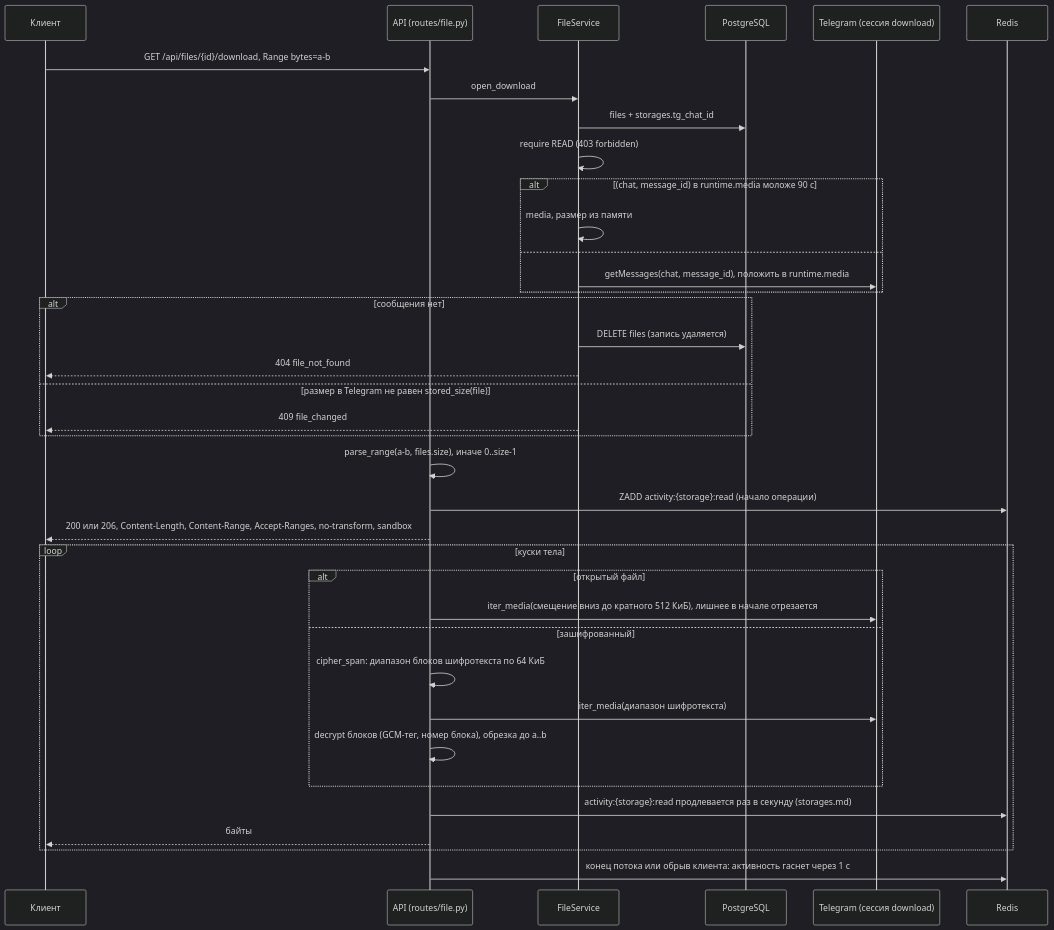
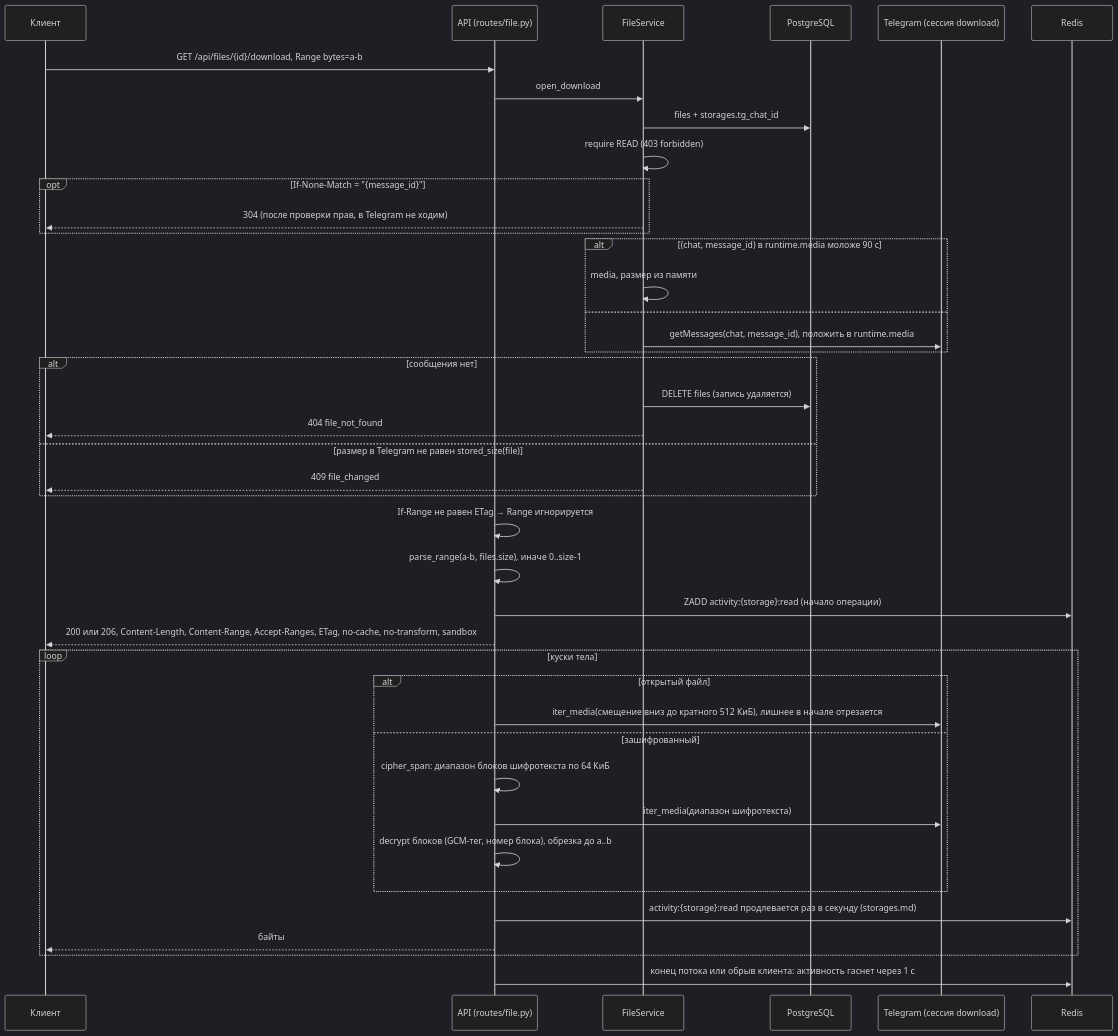
Before and after one commit to NikitkaZXC/tcloud-backend: the third of 3 diagrams in docs/flows/folders-and-files.md, drawn with Mermaid (dark theme). The commit also changed other lines of this file and 3 other files, not shown here.

Commit message:
feat: file downloads carry an ETag, answer 304 to If-None-Match and honour If-Range

````diff
--- a/docs/flows/folders-and-files.md
+++ b/docs/flows/folders-and-files.md
@@ -288,39 +292,43 @@
 ```mermaid
 sequenceDiagram
     participant C as Клиент
     participant A as API (routes/file.py)
     participant F as FileService
     participant DB as PostgreSQL
     participant TG as Telegram (сессия download)
     participant R as Redis
     C->>A: GET /api/files/{id}/download, Range bytes=a-b
     A->>F: open_download
     F->>DB: files + storages.tg_chat_id
     F->>F: require READ (403 forbidden)
+    opt If-None-Match = "{message_id}"
+        F-->>C: 304 (после проверки прав, в Telegram не ходим)
+    end
     alt (chat, message_id) в runtime.media моложе 90 с
         F->>F: media, размер из памяти
     else
         F->>TG: getMessages(chat, message_id), положить в runtime.media
     end
     alt сообщения нет
         F->>DB: DELETE files (запись удаляется)
         F-->>C: 404 file_not_found
     else размер в Telegram не равен stored_size(file)
         F-->>C: 409 file_changed
     end
+    A->>A: If-Range не равен ETag → Range игнорируется
     A->>A: parse_range(a-b, files.size), иначе 0..size-1
     A->>R: ZADD activity:{storage}:read (начало операции)
-    A-->>C: 200 или 206, Content-Length, Content-Range, Accept-Ranges, no-transform, sandbox
+    A-->>C: 200 или 206, Content-Length, Content-Range, Accept-Ranges, ETag, no-cache, no-transform, sandbox
     loop куски тела
         alt открытый файл
             A->>TG: iter_media(смещение вниз до кратного 512 КиБ), лишнее в начале отрезается
         else зашифрованный
             A->>A: cipher_span: диапазон блоков шифротекста по 64 КиБ
             A->>TG: iter_media(диапазон шифротекста)
             A->>A: decrypt блоков (GCM-тег, номер блока), обрезка до a..b
         end
         A->>R: activity:{storage}:read продлевается раз в секунду (storages.md)
         A-->>C: байты
     end
     A->>R: конец потока или обрыв клиента: активность гаснет через 1 с
 ```
````
